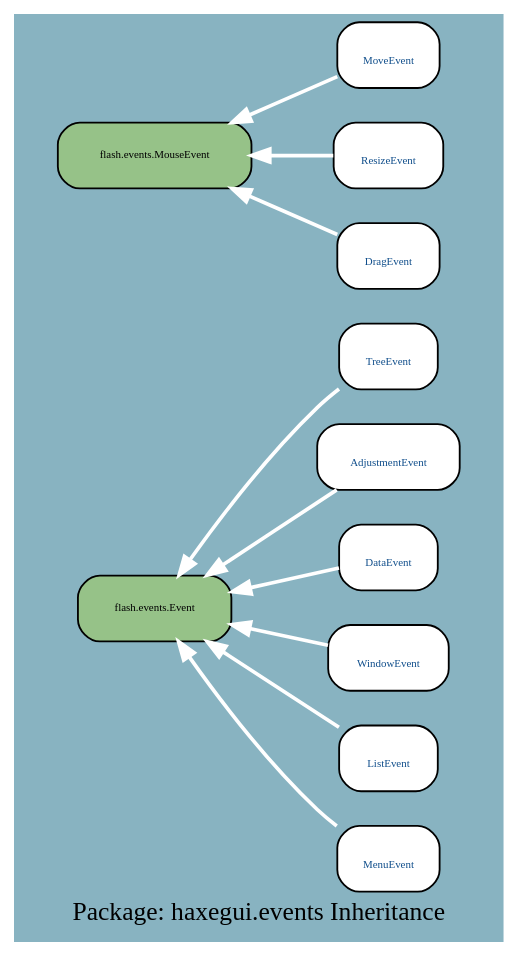
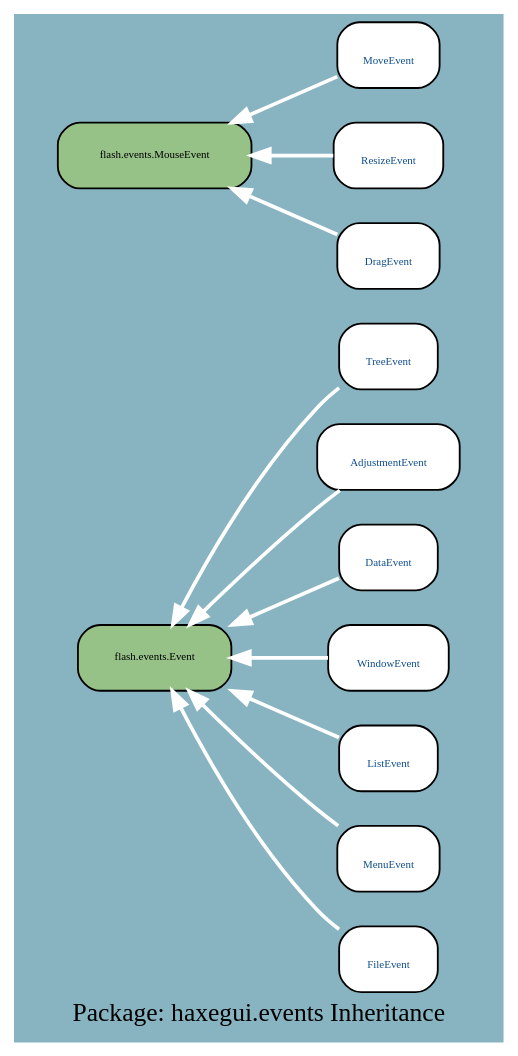
One commit to google-code-export/haxegui changed the diagram in docs/uml/haxegui.events_I.dot. Above: the diagram before and after it, drawn with Graphviz. The commit also changed 315 other files, not shown here.

```diff
--- a/docs/uml/haxegui.events_I.dot
+++ b/docs/uml/haxegui.events_I.dot
@@ -1,27 +1,29 @@
 digraph uml {
 	graph [label="Package: haxegui.events Inheritance", ratio=compress, rankdir=RL, smoothing=avg_dist, overlap=compress, packMode="graph", labelloc=c, fontname="DejaVu Sans Condenesed", fontsize=14, bgcolor="#88B3C1", fontcolor=black];
 	node [label="\N", style="rounded,filled", fillcolor="#96c288", fontcolor="#104E8B", fontname="FFF Harmony", fontsize=6, shape=record, color=black];
 	edge [fontname=Sans, fontsize=8, minlen="1.2", color=black, fontcolor=black];
 	graph [lp="135,12",
-		bb="0,0,270,493"];
-	"haxegui.events.TreeEvent" [label="{\nTreeEvent}", fillcolor=white, URL="../types/haxegui/events/TreeEvent.html", tooltip="\nTreeEvent", portPos=w, pos="207,313", rects="180,295,235,331", width="0.75", height="0.50"];
-	"flash.events.Event" [fontcolor=black, pos="77,178", rects="35,160,119,196", width="1.17", height="0.50"];
-	"haxegui.events.AdjustmentEvent" [label="{\nAdjustmentEvent}", fillcolor=white, URL="../types/haxegui/events/AdjustmentEvent.html", tooltip="\nAdjustmentEvent", portPos=w, pos="207,259", rects="168,241,247,277", width="1.08", height="0.50"];
-	"haxegui.events.DataEvent" [label="{\nDataEvent}", fillcolor=white, URL="../types/haxegui/events/DataEvent.html", tooltip="\nDataEvent", portPos=w, pos="207,205", rects="180,187,235,223", width="0.75", height="0.50"];
-	"haxegui.events.WindowEvent" [label="{\nWindowEvent}", fillcolor=white, URL="../types/haxegui/events/WindowEvent.html", tooltip="\nWindowEvent", portPos=w, pos="207,151", rects="174,133,240,169", width="0.92", height="0.50"];
-	"haxegui.events.MoveEvent" [label="{\nMoveEvent}", fillcolor=white, URL="../types/haxegui/events/MoveEvent.html", tooltip="\nMoveEvent", portPos=w, pos="207,475", rects="179,457,236,493", width="0.78", height="0.50"];
-	"flash.events.MouseEvent" [fontcolor=black, pos="77,421", rects="24,403,131,439", width="1.47", height="0.50"];
-	"haxegui.events.ListEvent" [label="{\nListEvent}", fillcolor=white, URL="../types/haxegui/events/ListEvent.html", tooltip="\nListEvent", portPos=w, pos="207,97", rects="180,79,234,115", width="0.75", height="0.50"];
-	"haxegui.events.MenuEvent" [label="{\nMenuEvent}", fillcolor=white, URL="../types/haxegui/events/MenuEvent.html", tooltip="\nMenuEvent", portPos=w, pos="207,43", rects="179,25,236,61", width="0.78", height="0.50"];
-	"haxegui.events.ResizeEvent" [label="{\nResizeEvent}", fillcolor=white, URL="../types/haxegui/events/ResizeEvent.html", tooltip="\nResizeEvent", portPos=w, pos="207,421", rects="177,403,238,439", width="0.83", height="0.50"];
-	"haxegui.events.DragEvent" [label="{\nDragEvent}", fillcolor=white, URL="../types/haxegui/events/DragEvent.html", tooltip="\nDragEvent", portPos=w, pos="207,367", rects="179,349,235,385", width="0.78", height="0.50"];
-	"haxegui.events.TreeEvent" -> "flash.events.Event" [color=white, style=bold, arrowhead=normal, arrowsize="1.0", pos="e,90,196 180,297 175,294 171,290 167,286 139,261 113,228 96,204"];
-	"haxegui.events.AdjustmentEvent" -> "flash.events.Event" [color=white, style=bold, arrowhead=normal, arrowsize="1.0", pos="e,106,196 178,241 159,230 134,215 114,202"];
-	"haxegui.events.DataEvent" -> "flash.events.Event" [color=white, style=bold, arrowhead=normal, arrowsize="1.0", pos="e,119,187 180,199 165,196 146,192 129,189"];
-	"haxegui.events.WindowEvent" -> "flash.events.Event" [color=white, style=bold, arrowhead=normal, arrowsize="1.0", pos="e,119,169 174,158 160,160 144,164 129,167"];
-	"haxegui.events.MoveEvent" -> "flash.events.MouseEvent" [color=white, style=bold, arrowhead=normal, arrowsize="1.0", pos="e,121,439 179,463 165,457 147,450 131,443"];
-	"haxegui.events.ListEvent" -> "flash.events.Event" [color=white, style=bold, arrowhead=normal, arrowsize="1.0", pos="e,107,160 180,114 162,125 136,141 116,155"];
-	"haxegui.events.MenuEvent" -> "flash.events.Event" [color=white, style=bold, arrowhead=normal, arrowsize="1.0", pos="e,90,160 179,60 175,63 171,67 167,70 139,95 113,128 96,152"];
-	"haxegui.events.ResizeEvent" -> "flash.events.MouseEvent" [color=white, style=bold, arrowhead=normal, arrowsize="1.0", pos="e,131,421 177,421 166,421 154,421 141,421"];
-	"haxegui.events.DragEvent" -> "flash.events.MouseEvent" [color=white, style=bold, arrowhead=normal, arrowsize="1.0", pos="e,121,403 179,379 165,385 147,392 131,399"];
+		bb="0,0,270,547"];
+	"haxegui.events.TreeEvent" [label="{\nTreeEvent}", fillcolor=white, URL="../types/haxegui/events/TreeEvent.html", tooltip="\nTreeEvent", portPos=w, pos="207,367", rects="180,349,235,385", width="0.75", height="0.50"];
+	"flash.events.Event" [fontcolor=black, pos="77,205", rects="35,187,119,223", width="1.17", height="0.50"];
+	"haxegui.events.AdjustmentEvent" [label="{\nAdjustmentEvent}", fillcolor=white, URL="../types/haxegui/events/AdjustmentEvent.html", tooltip="\nAdjustmentEvent", portPos=w, pos="207,313", rects="168,295,247,331", width="1.08", height="0.50"];
+	"haxegui.events.DataEvent" [label="{\nDataEvent}", fillcolor=white, URL="../types/haxegui/events/DataEvent.html", tooltip="\nDataEvent", portPos=w, pos="207,259", rects="180,241,235,277", width="0.75", height="0.50"];
+	"haxegui.events.WindowEvent" [label="{\nWindowEvent}", fillcolor=white, URL="../types/haxegui/events/WindowEvent.html", tooltip="\nWindowEvent", portPos=w, pos="207,205", rects="174,187,240,223", width="0.92", height="0.50"];
+	"haxegui.events.MoveEvent" [label="{\nMoveEvent}", fillcolor=white, URL="../types/haxegui/events/MoveEvent.html", tooltip="\nMoveEvent", portPos=w, pos="207,529", rects="179,511,236,547", width="0.78", height="0.50"];
+	"flash.events.MouseEvent" [fontcolor=black, pos="77,475", rects="24,457,131,493", width="1.47", height="0.50"];
+	"haxegui.events.ListEvent" [label="{\nListEvent}", fillcolor=white, URL="../types/haxegui/events/ListEvent.html", tooltip="\nListEvent", portPos=w, pos="207,151", rects="180,133,234,169", width="0.75", height="0.50"];
+	"haxegui.events.MenuEvent" [label="{\nMenuEvent}", fillcolor=white, URL="../types/haxegui/events/MenuEvent.html", tooltip="\nMenuEvent", portPos=w, pos="207,97", rects="179,79,236,115", width="0.78", height="0.50"];
+	"haxegui.events.FileEvent" [label="{\nFileEvent}", fillcolor=white, URL="../types/haxegui/events/FileEvent.html", tooltip="\nFileEvent", portPos=w, pos="207,43", rects="180,25,234,61", width="0.75", height="0.50"];
+	"haxegui.events.ResizeEvent" [label="{\nResizeEvent}", fillcolor=white, URL="../types/haxegui/events/ResizeEvent.html", tooltip="\nResizeEvent", portPos=w, pos="207,475", rects="177,457,238,493", width="0.83", height="0.50"];
+	"haxegui.events.DragEvent" [label="{\nDragEvent}", fillcolor=white, URL="../types/haxegui/events/DragEvent.html", tooltip="\nDragEvent", portPos=w, pos="207,421", rects="179,403,235,439", width="0.78", height="0.50"];
+	"haxegui.events.TreeEvent" -> "flash.events.Event" [color=white, style=bold, arrowhead=normal, arrowsize="1.0", pos="e,86,223 180,351 175,348 171,344 167,340 135,308 107,261 91,232"];
+	"haxegui.events.AdjustmentEvent" -> "flash.events.Event" [color=white, style=bold, arrowhead=normal, arrowsize="1.0", pos="e,95,223 178,295 174,292 171,289 167,286 144,269 120,247 103,230"];
+	"haxegui.events.DataEvent" -> "flash.events.Event" [color=white, style=bold, arrowhead=normal, arrowsize="1.0", pos="e,119,223 180,248 165,242 146,234 129,227"];
+	"haxegui.events.WindowEvent" -> "flash.events.Event" [color=white, style=bold, arrowhead=normal, arrowsize="1.0", pos="e,119,205 174,205 160,205 144,205 129,205"];
+	"haxegui.events.MoveEvent" -> "flash.events.MouseEvent" [color=white, style=bold, arrowhead=normal, arrowsize="1.0", pos="e,121,493 179,517 165,511 147,504 131,497"];
+	"haxegui.events.ListEvent" -> "flash.events.Event" [color=white, style=bold, arrowhead=normal, arrowsize="1.0", pos="e,119,187 180,162 165,168 146,176 129,183"];
+	"haxegui.events.MenuEvent" -> "flash.events.Event" [color=white, style=bold, arrowhead=normal, arrowsize="1.0", pos="e,96,187 179,115 175,118 171,121 167,124 144,142 120,163 103,180"];
+	"haxegui.events.FileEvent" -> "flash.events.Event" [color=white, style=bold, arrowhead=normal, arrowsize="1.0", pos="e,86,187 180,59 175,62 171,66 167,70 135,103 107,149 91,178"];
+	"haxegui.events.ResizeEvent" -> "flash.events.MouseEvent" [color=white, style=bold, arrowhead=normal, arrowsize="1.0", pos="e,131,475 177,475 166,475 154,475 141,475"];
+	"haxegui.events.DragEvent" -> "flash.events.MouseEvent" [color=white, style=bold, arrowhead=normal, arrowsize="1.0", pos="e,121,457 179,433 165,439 147,446 131,453"];
 }
```
